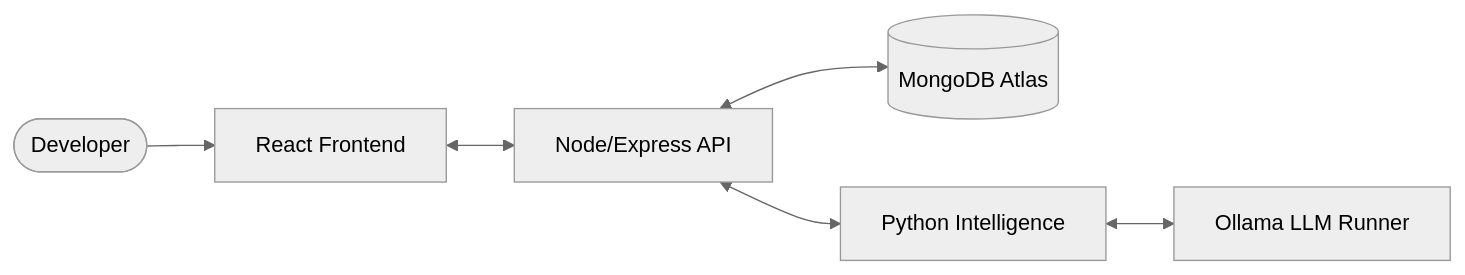
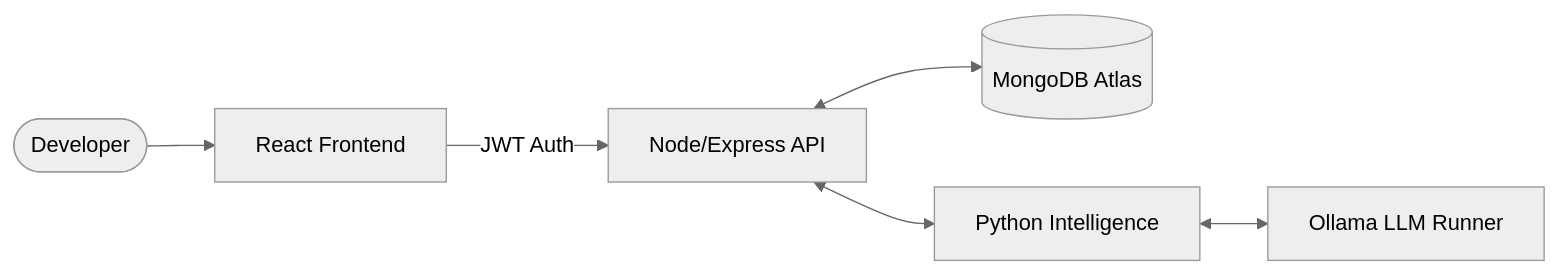
The diagram in readme.md (anshumangarg5410/JudgeAI-Benchmark), drawn with Mermaid (neutral theme) before and after one commit. The commit also changed other lines of this file and 9 other files, not shown here.

````diff
--- a/readme.md
+++ b/readme.md
@@ -64,8 +67,8 @@
 ```mermaid
 graph LR
     User([Developer]) --> UI[React Frontend]
-    UI <--> Node[Node/Express API]
+    UI -- "JWT Auth" --> Node[Node/Express API]
     Node <--> DB[(MongoDB Atlas)]
     Node <--> Py[Python Intelligence]
     Py <--> Ollama[Ollama LLM Runner]
 ```
````
